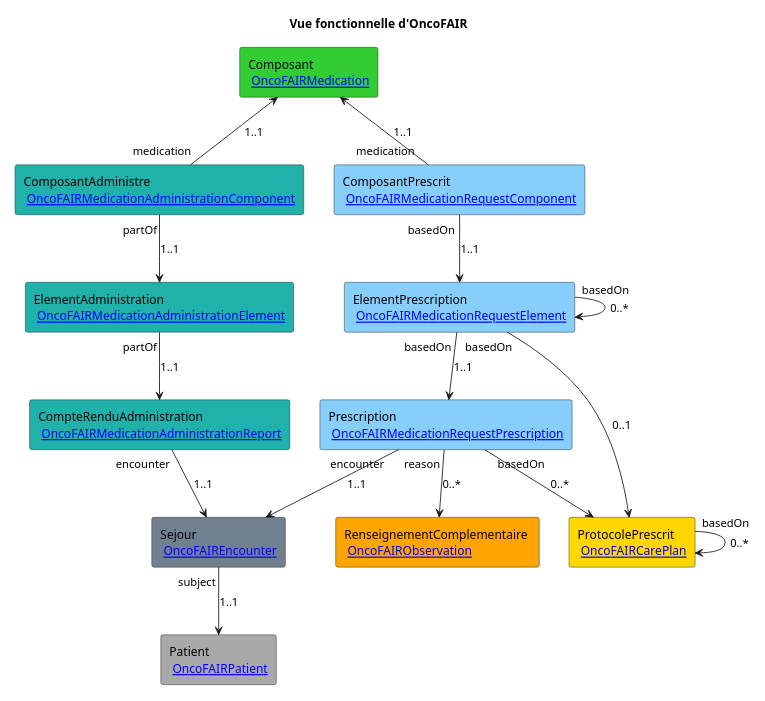
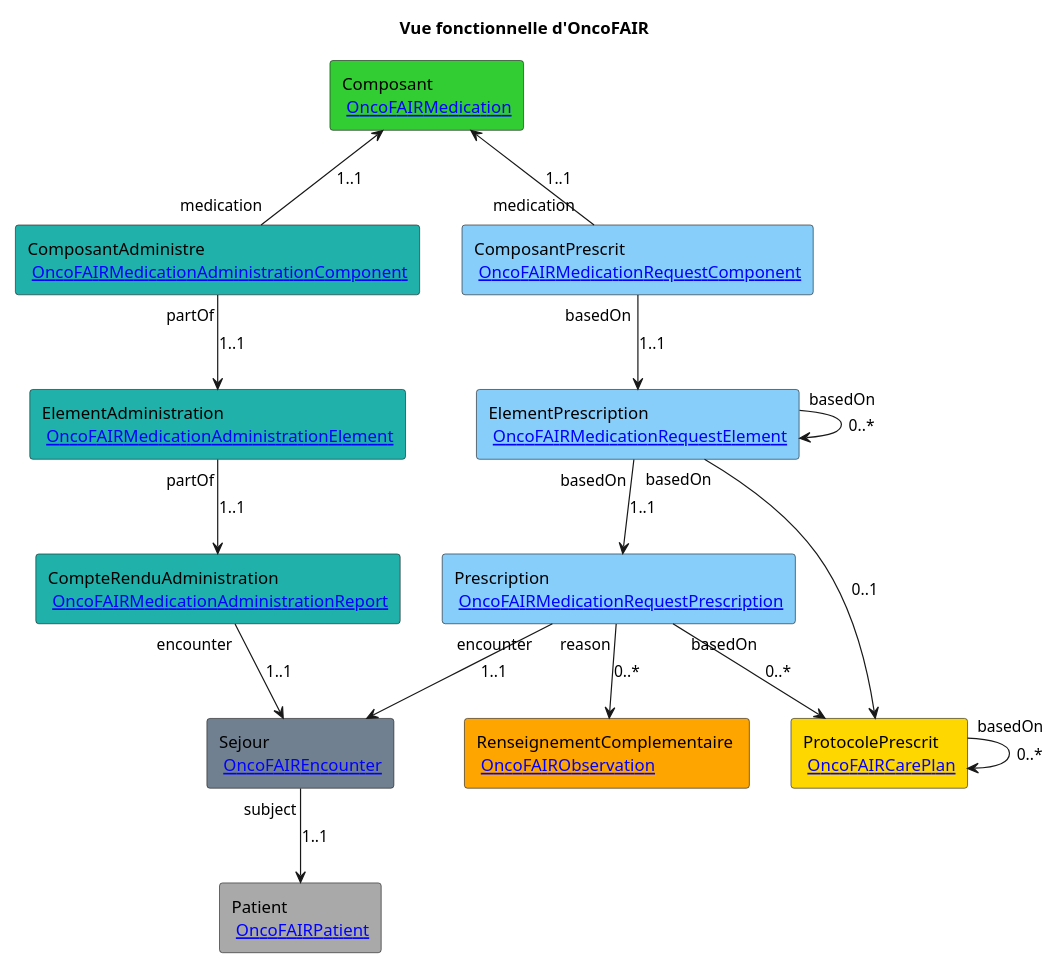
One commit to ONCOFAIR/FHIR-ImplementationGuide-Article changed the diagram in input/images-source/mapping_global.plantuml. Above: the diagram before and after it, drawn with PlantUML. The commit also changed 9 other files, not shown here.

```diff
--- a/input/images-source/mapping_global.plantuml
+++ b/input/images-source/mapping_global.plantuml
@@ -1,43 +1,43 @@
 @startuml
 
-scale 500 width
+scale 700 width
 title **Vue fonctionnelle d'OncoFAIR**
 
 rectangle "ProtocolePrescrit \n [[StructureDefinition-oncofair-careplan.html OncoFAIRCarePlan]]" as ProtocolePrescrit #Gold 
 
 rectangle "Sejour \n [[StructureDefinition-oncofair-encounter.html OncoFAIREncounter]]" as Sejour #SlateGray 
 
 rectangle "Composant \n [[StructureDefinition-oncofair-medication.html OncoFAIRMedication]]" as Composant #LimeGreen 
 
 rectangle "ComposantAdministre \n [[StructureDefinition-oncofair-medicationadministration-component.html OncoFAIRMedicationAdministrationComponent]]" as ComposantAdministre #LightSeaGreen 
 
 rectangle "ElementAdministration \n [[StructureDefinition-oncofair-medicationadministration-element.html OncoFAIRMedicationAdministrationElement]]" as ElementAdministration #LightSeaGreen 
 
 rectangle "CompteRenduAdministration \n [[StructureDefinition-oncofair-medicationadministration-report.html OncoFAIRMedicationAdministrationReport]]" as CompteRenduAdministration #LightSeaGreen 
 
 rectangle "ComposantPrescrit \n [[StructureDefinition-oncofair-medicationrequest-component.html OncoFAIRMedicationRequestComponent]]" as ComposantPrescrit #LightSkyBlue 
 
 rectangle "ElementPrescription \n [[StructureDefinition-oncofair-medicationrequest-element.html OncoFAIRMedicationRequestElement]]" as ElementPrescription #LightSkyBlue 
 
 rectangle "Prescription \n [[StructureDefinition-oncofair-medicationrequest-prescription.html OncoFAIRMedicationRequestPrescription]]" as Prescription #LightSkyBlue 
 
 rectangle "RenseignementComplementaire \n [[StructureDefinition-oncofair-observation.html OncoFAIRObservation]]" as RenseignementComplementaire #Orange 
 
 rectangle "Patient \n [[StructureDefinition-oncofair-patient.html OncoFAIRPatient]]" as Patient #DarkGray 
 
 ProtocolePrescrit --> ProtocolePrescrit : "basedOn" 0..*
 Sejour --> Patient : "subject" 1..1
 ComposantAdministre --> ElementAdministration : "partOf" 1..1
 ComposantAdministre -u-> Composant : "medication" 1..1
 ElementAdministration --> CompteRenduAdministration : "partOf" 1..1
 CompteRenduAdministration --> Sejour : "encounter" 1..1
 ComposantPrescrit --> ElementPrescription : "basedOn" 1..1
 ComposantPrescrit -u-> Composant : "medication" 1..1
 ElementPrescription --> Prescription : "basedOn" 1..1
 ElementPrescription --> ElementPrescription : "basedOn" 0..*
 ElementPrescription --> ProtocolePrescrit : "basedOn" 0..1
 Prescription --> ProtocolePrescrit : "basedOn" 0..*
 Prescription --> Sejour : "encounter" 1..1
 Prescription --> RenseignementComplementaire : "reason" 0..*
 
 @enduml
```
